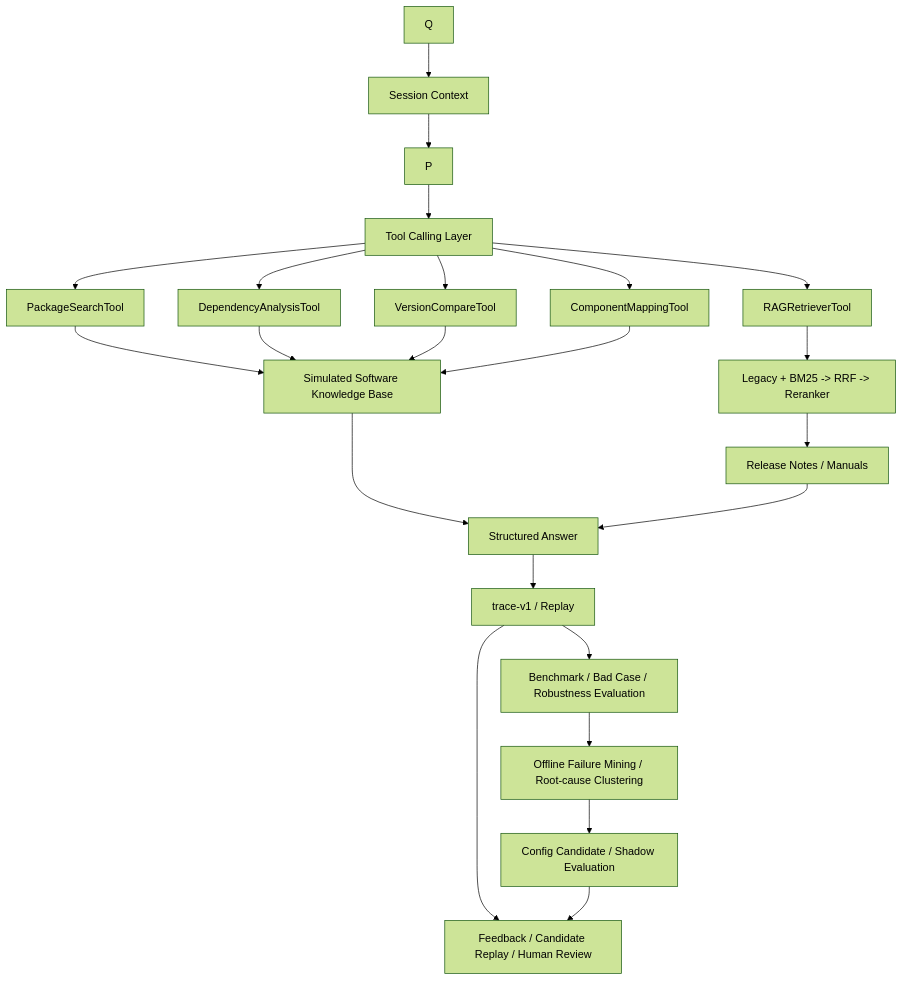
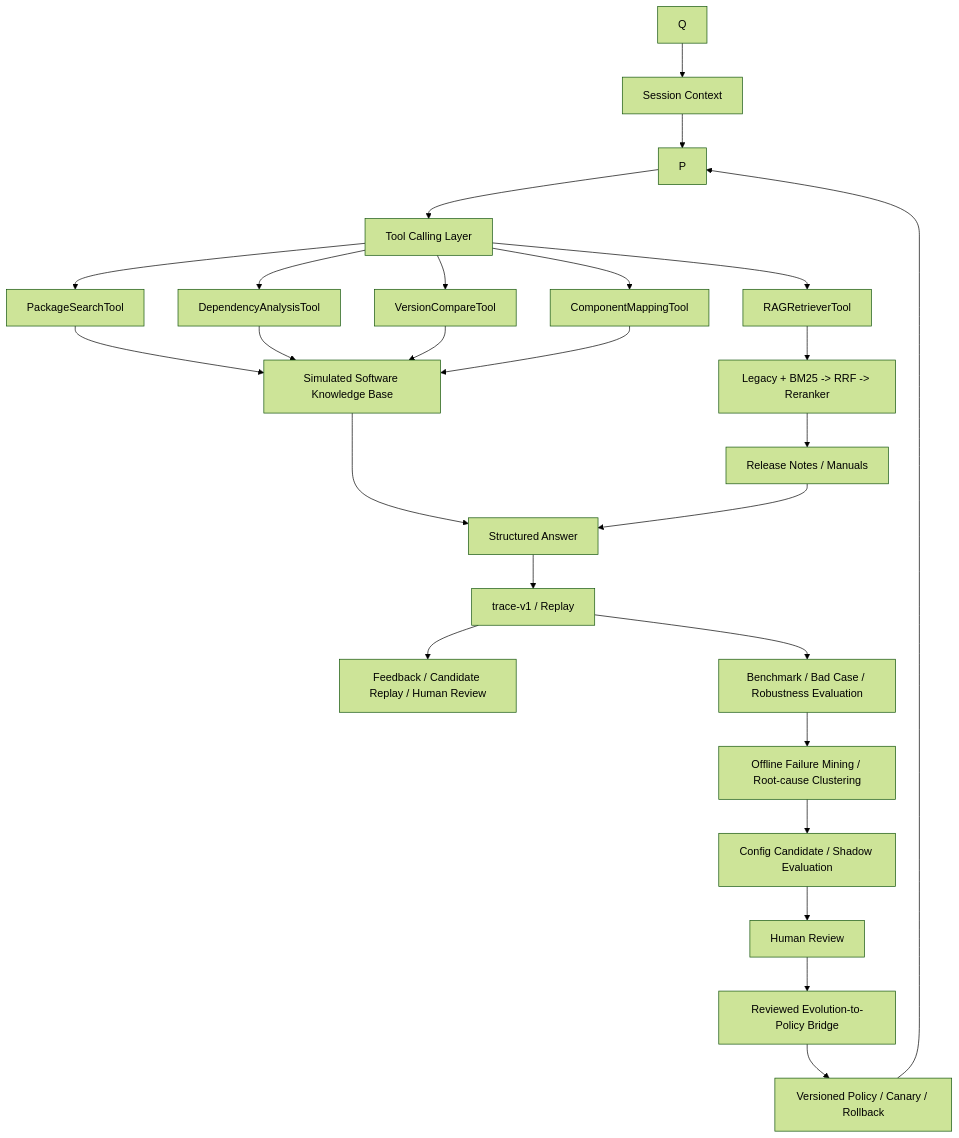
One commit to Isoldelu/software-engineering-agent changed the diagram in README.md. Above: the diagram before and after it, drawn with Mermaid (forest theme). The commit also changed other lines of this file and 24 other files, not shown here.

Commit message:
feat: bridge reviewed evolution to policy rollout

````diff
--- a/README.md
+++ b/README.md
@@ -155,25 +157,28 @@
 ```mermaid
 flowchart TD
     Q --> CTX["Session Context"]
     CTX --> P
     P --> T["Tool Calling Layer"]
     T --> PKG["PackageSearchTool"]
     T --> DEP["DependencyAnalysisTool"]
     T --> VER["VersionCompareTool"]
     T --> CMP["ComponentMappingTool"]
     T --> RAG["RAGRetrieverTool"]
     PKG --> KB["Simulated Software Knowledge Base"]
     DEP --> KB
     VER --> KB
     CMP --> KB
     RAG --> RET["Legacy + BM25 -> RRF -> Reranker"]
     RET --> DOC["Release Notes / Manuals"]
     KB --> A["Structured Answer"]
     DOC --> A
     A --> TRAJ["trace-v1 / Replay"]
     TRAJ --> FB["Feedback / Candidate Replay / Human Review"]
     TRAJ --> EVAL["Benchmark / Bad Case / Robustness Evaluation"]
     EVAL --> EVO["Offline Failure Mining / Root-cause Clustering"]
     EVO --> SHADOW["Config Candidate / Shadow Evaluation"]
-    SHADOW --> FB
+    SHADOW --> REVIEW["Human Review"]
+    REVIEW --> BRIDGE["Reviewed Evolution-to-Policy Bridge"]
+    BRIDGE --> POLICY["Versioned Policy / Canary / Rollback"]
+    POLICY --> P
 ```
````
